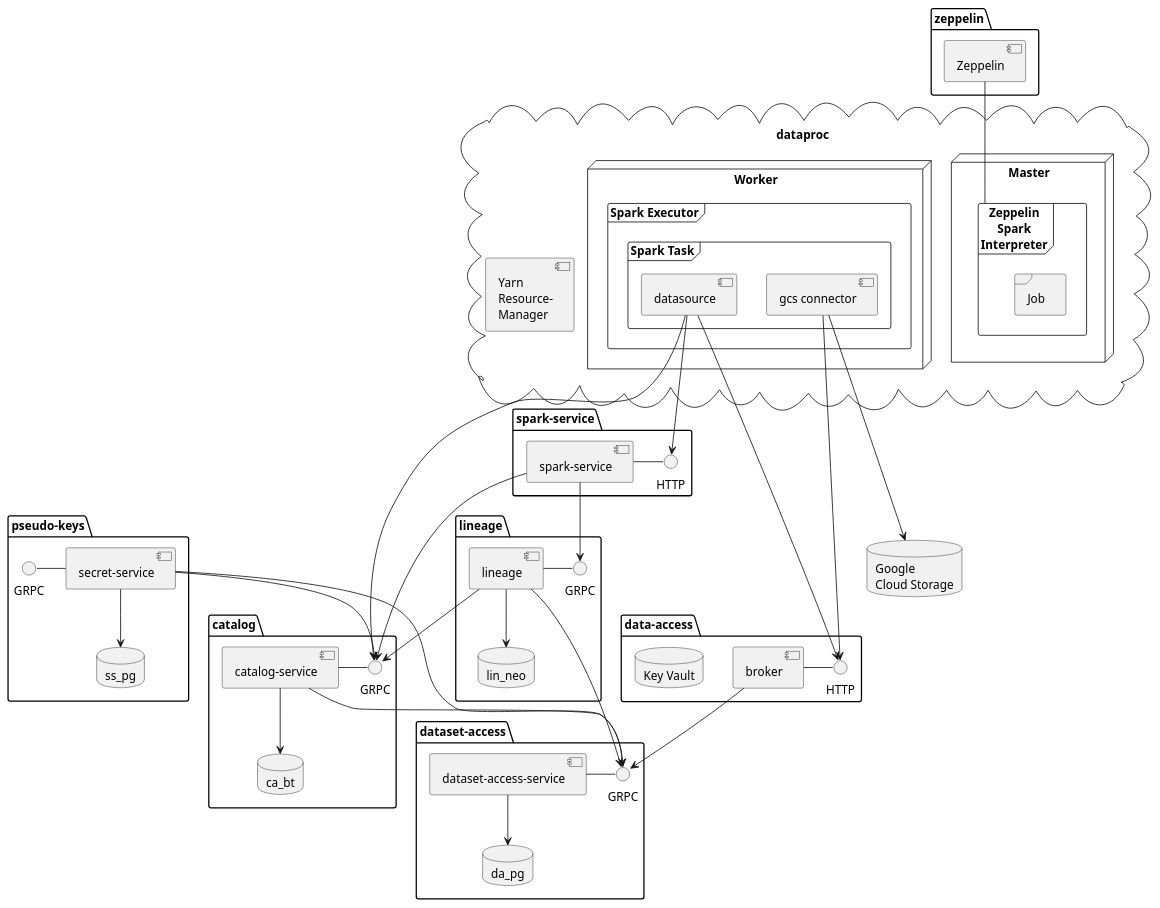
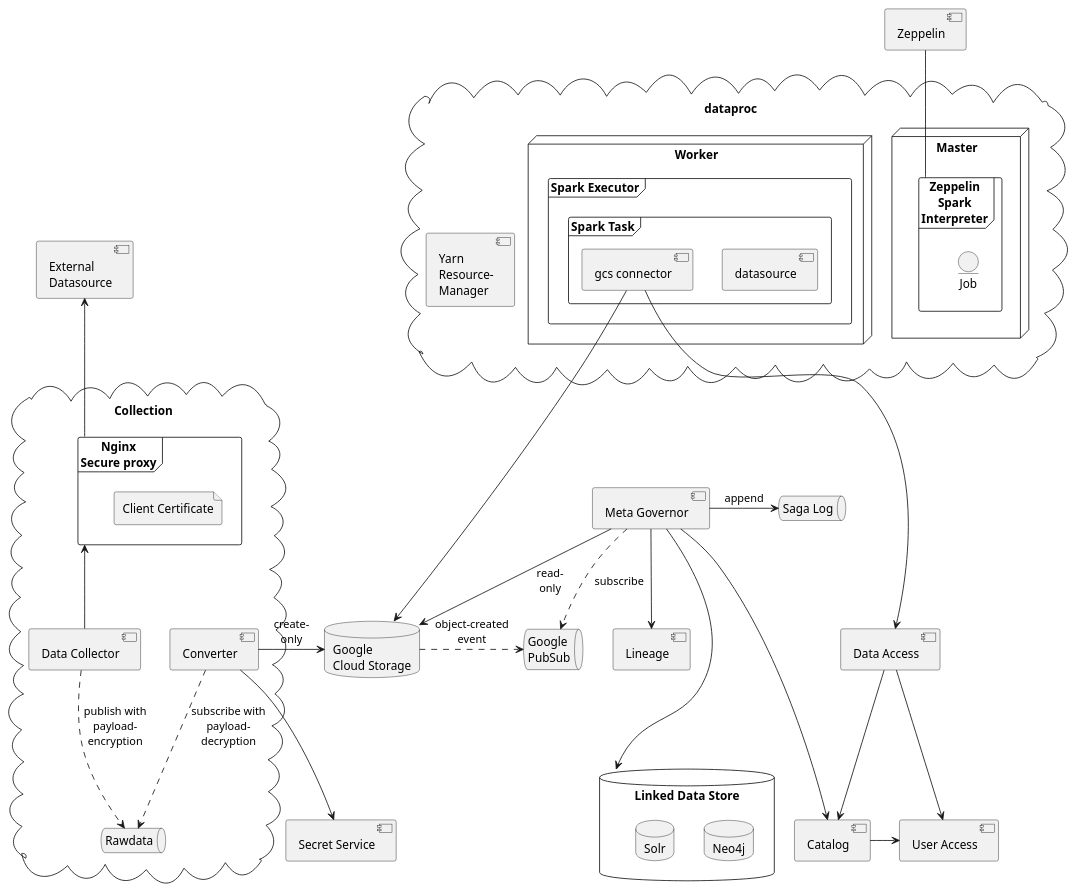
The diagram in doc/components.puml (statisticsnorway/dapla-project), drawn with PlantUML before and after one commit. The commit also changed 5 other files, not shown here.

Commit message:
Updated component diagrams with meta-governor

```diff
--- a/doc/components.puml
+++ b/doc/components.puml
@@ -1,92 +1,71 @@
 @startuml
 
-  package "dataset-access" {
-    () "GRPC" as da_proto
-    component [dataset-access-service] as da_s
-    da_s - da_proto
-    da_s --> da_pg
-    database "Postgres" as da_pg {
+component "User Access" as user_access
+component "Catalog" as catalog
+component "Secret Service" as secret_service
+component "Lineage" as lineage
+component "Data Access" as data_access
+database "Linked Data Store" as lds {
+    database "Neo4j" as neo {
     }
-  }
-
-  package "catalog" {
-    () "GRPC" as ca_proto
-    component [catalog-service] as ca_s
-    ca_s - ca_proto
-    ca_s --> da_proto
-    ca_s --> ca_bt
-    database "Bigtable" as ca_bt {
+    database "Solr" as solr {
     }
-  }
-
-  package "pseudo-keys" {
-    () "GRPC" as pk_proto
-    component [secret-service] as ss_s
-    pk_proto - ss_s
-    ss_s --> ss_pg
-    ss_s --> da_proto
-    ss_s --> ca_proto
-    database "Postgres" as ss_pg {
-    }
-  }
-
-  package "lineage" {
-    () "GRPC" as lin_proto
-    component [lineage] as lin_s
-    lin_s - lin_proto
-    lin_s --> ca_proto
-    lin_s --> lin_neo
-    lin_s --> da_proto
-    database "Neo4j" as lin_neo {
-    }
-  }
-
-  package "spark-service" {
-    () "HTTP" as ss_http
-    component [spark-service] as sp_s
-    sp_s - ss_http
-    sp_s --> ca_proto
-    sp_s --> lin_proto
-  }
-
-  package "data-access" {
-    () "HTTP" as broker_http
-    component [broker] as br_s
-    br_s - broker_http
-    br_s --> da_proto
-    database "Key Vault" as broker_pg {
-    }
-  }
-
-  database "Google\nCloud Storage" as gcs {
-  }
-
-  cloud "dataproc" as pkg_haadop {
+}
+database "Google\nCloud Storage" as gcs {
+}
+cloud "dataproc" as pkg_haadop {
     [Yarn\nResource-\nManager] as yarn
     node "Master" as masternode {
-      frame "Zeppelin\nSpark\nInterpreter" as interpreter {
-        frame "Job" as job {
+        frame "Zeppelin\nSpark\nInterpreter" as interpreter {
+            entity "Job" as job
         }
-      }
     }
     node "Worker" as worker {
-      frame "Spark Executor" as executor {
-        frame "Spark Task" as task {
-          component [datasource] as datasource
-          component [gcs connector] as gcs_connector_w
-          datasource --> ss_http
-          gcs_connector_w ---> gcs
-          gcs_connector_w ----> broker_http
-          datasource --> broker_http
-          datasource --> ca_proto
+        frame "Spark Executor" as executor {
+            frame "Spark Task" as task {
+                component [datasource] as datasource
+                component [gcs connector] as gcs_connector_w
+                gcs_connector_w ---> gcs
+                gcs_connector_w ---> data_access
+            }
         }
-      }
     }
-  }
+}
+component "Zeppelin" as zeppelin
+catalog -> user_access
+data_access --> catalog
+data_access --> user_access
 
-  package "zeppelin" {
-    [Zeppelin] -- interpreter
-  }
+zeppelin -- interpreter
 
+component "External\nDatasource" as source
+component [Meta Governor] as governor
+queue "Google\nPubSub" as pubsub {
+}
+queue "Saga Log" as sagalog {
+}
+cloud Collection {
+    frame "Nginx\nSecure proxy" as sec_proxy {
+        file "Client Certificate" as client_cert
+    }
+    component "Data Collector" as collector
+    queue "Rawdata" as rawdata {
+    }
+    component "Converter" as converter
+    collector -u-> sec_proxy
+    collector ..> rawdata : publish with\npayload-\nencryption
+    converter ..> rawdata : subscribe with\npayload-\ndecryption
+    converter -> gcs : create-\nonly
+    converter --> secret_service
+}
+
+governor --> gcs : read-\nonly
+governor --> lineage
+governor --> catalog
+gcs .> pubsub : object-created\nevent
+governor .> pubsub : subscribe
+governor -> sagalog : append
+governor ---> lds
+sec_proxy -u-> source
 
 @enduml
```
